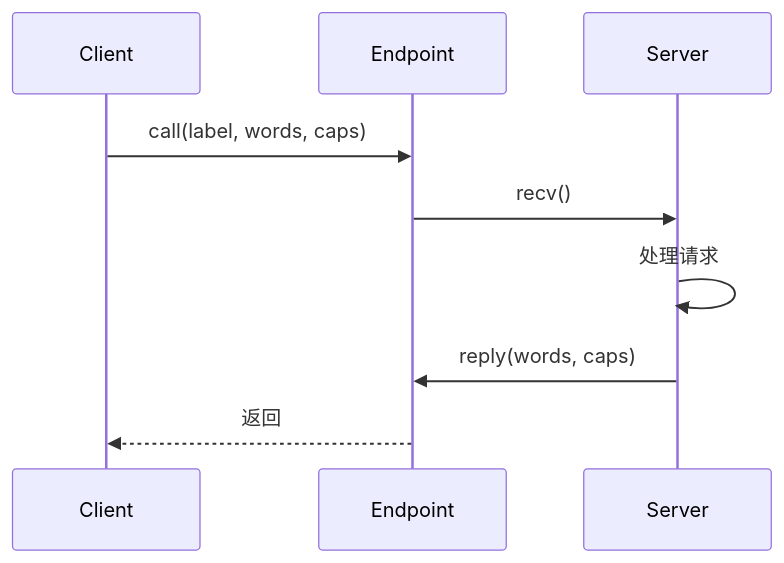
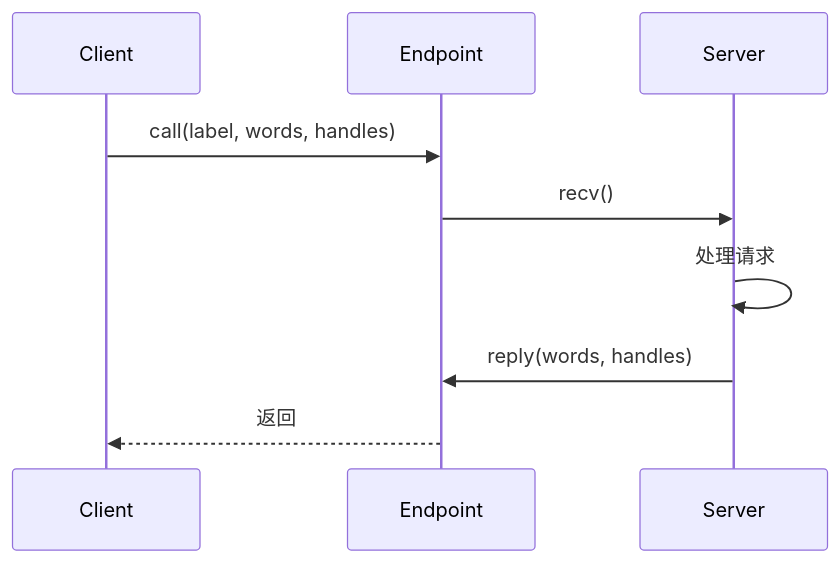
Before and after one commit to hongweifei/HolyKernel: the third of 3 diagrams in docs/execution.md, drawn with Mermaid. The commit also changed other lines of this file and 11 other files, not shown here.

````diff
--- a/docs/execution.md
+++ b/docs/execution.md
@@ -143,11 +143,11 @@
 ```mermaid
 sequenceDiagram
     participant Client as Client
     participant EP as Endpoint
     participant Server as Server
-    Client->>EP: call(label, words, caps)
+    Client->>EP: call(label, words, handles)
     EP->>Server: recv()
     Server->>Server: 处理请求
-    Server->>EP: reply(words, caps)
+    Server->>EP: reply(words, handles)
     EP-->>Client: 返回
 ```
````
